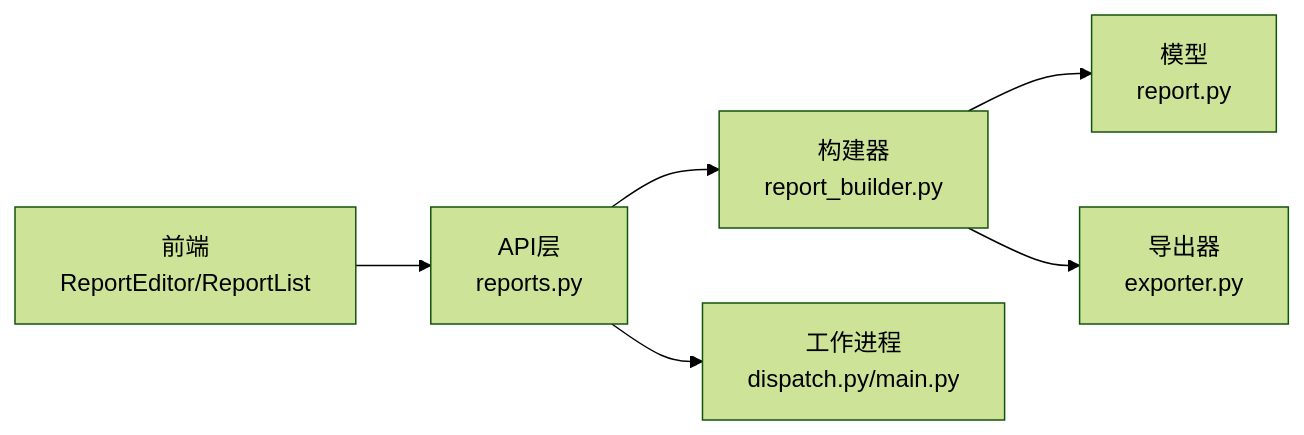
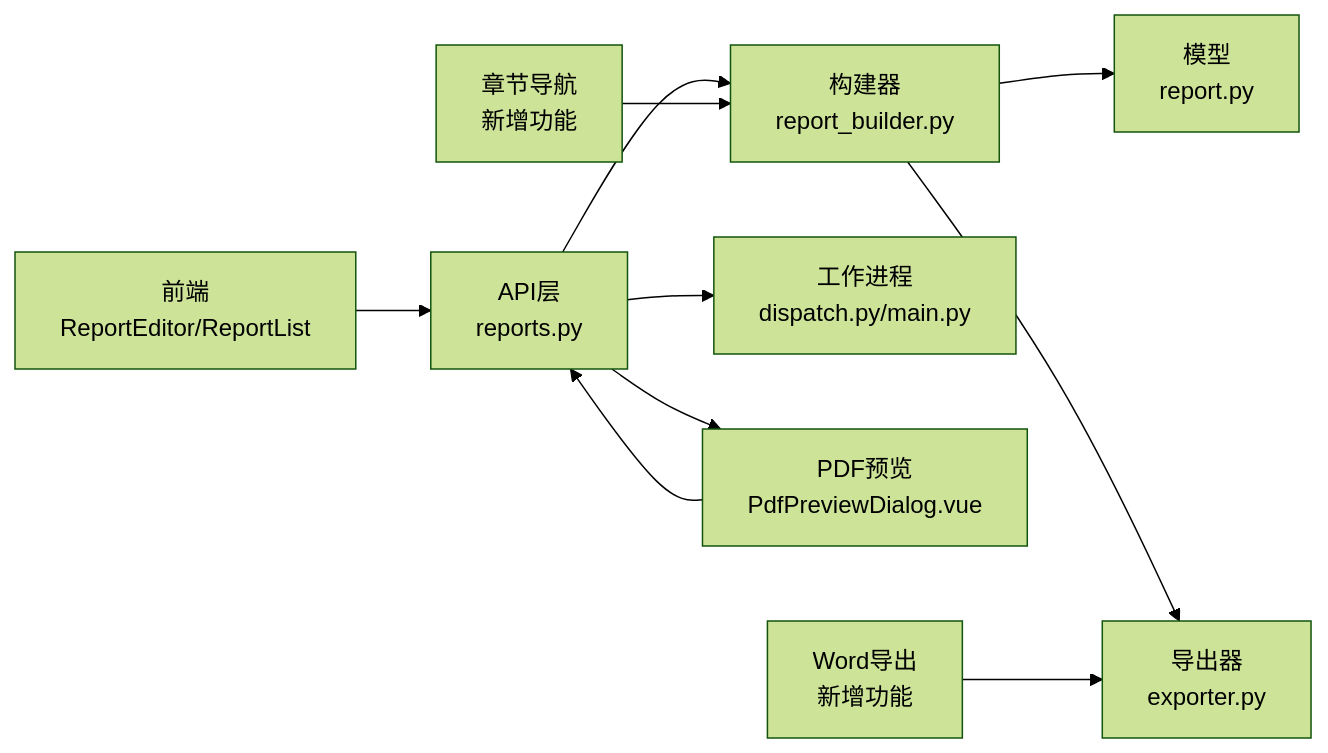
One commit to vu1Art1st/talos changed the fourth of 4 diagrams in .qoder/repowiki/zh/content/项目概览/核心功能概述/报告生成模块.md. Above: the diagram before and after it, drawn with Mermaid (forest theme). The commit also changed other lines of this file and 129 other files, not shown here.

````diff
--- a/.qoder/repowiki/zh/content/项目概览/核心功能概述/报告生成模块.md
+++ b/.qoder/repowiki/zh/content/项目概览/核心功能概述/报告生成模块.md
@@ -256,8 +308,12 @@
 ```mermaid
 graph LR
 API["API层<br/>reports.py"] --> Builder["构建器<br/>report_builder.py"]
 API --> Worker["工作进程<br/>dispatch.py/main.py"]
+API --> PDFPreview["PDF预览<br/>PdfPreviewDialog.vue"]
 Builder --> Model["模型<br/>report.py"]
 Builder --> Exporter["导出器<br/>exporter.py"]
 FE["前端<br/>ReportEditor/ReportList"] --> API
+PDFPreview --> API
+WordExport["Word导出<br/>新增功能"] --> Exporter
+ChapterNav["章节导航<br/>新增功能"] --> Builder
 ```
````
